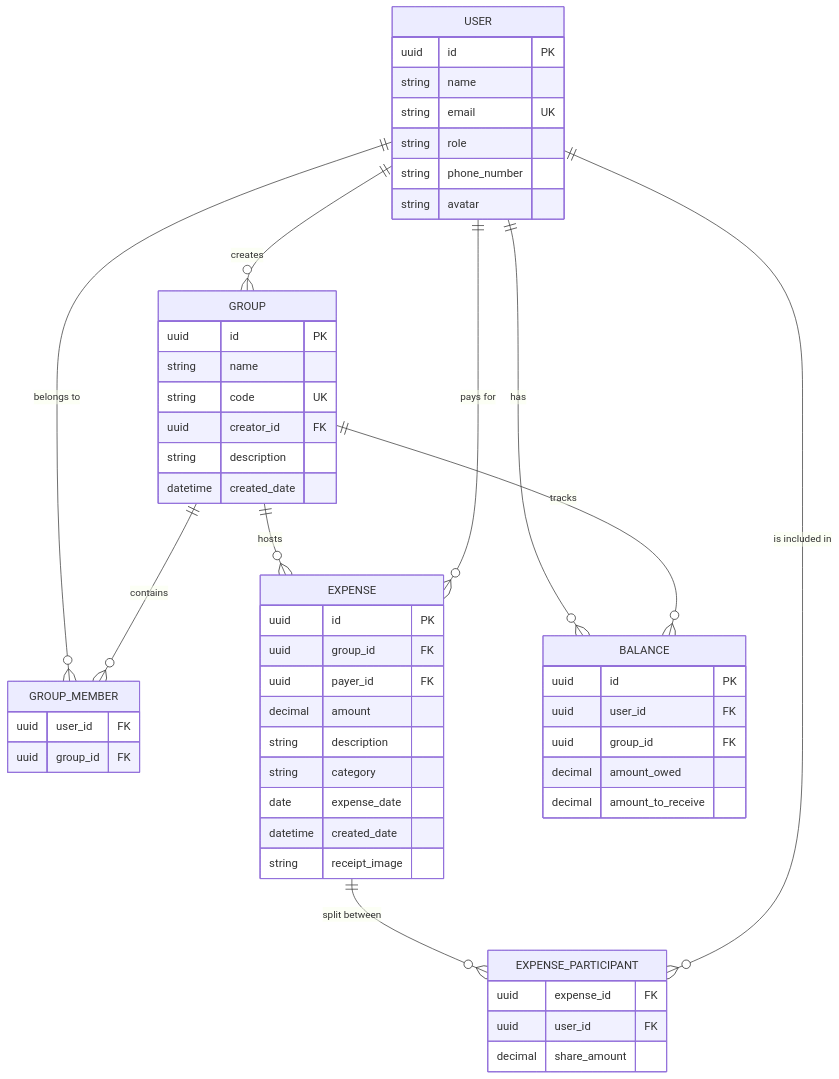
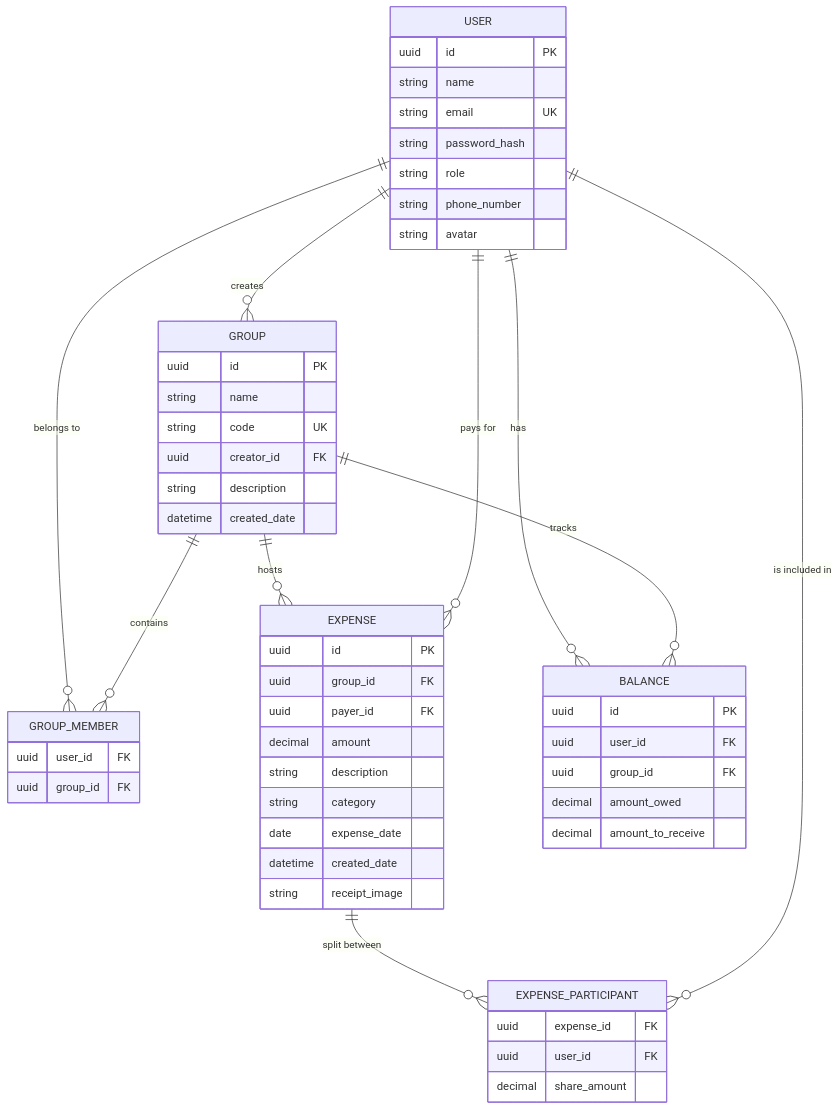
The diagram in architecture_blueprint/data_model.mmd (borapano/ExpenseMate), drawn with Mermaid before and after one commit. The commit also changed 7 other files, not shown here.

```diff
--- a/architecture_blueprint/data_model.mmd
+++ b/architecture_blueprint/data_model.mmd
@@ -1,62 +1,63 @@
 erDiagram
     USER ||--o{ GROUP : "creates"
     USER ||--o{ GROUP_MEMBER : "belongs to"
     GROUP ||--o{ GROUP_MEMBER : "contains"
     
     GROUP ||--o{ EXPENSE : "hosts"
     USER ||--o{ EXPENSE : "pays for"
     
     EXPENSE ||--o{ EXPENSE_PARTICIPANT : "split between"
     USER ||--o{ EXPENSE_PARTICIPANT : "is included in"
     
     USER ||--o{ BALANCE : "has"
     GROUP ||--o{ BALANCE : "tracks"
 
     USER {
         uuid id PK
         string name
         string email UK
+        string password_hash
         string role
         string phone_number
         string avatar
     }
 
     GROUP {
         uuid id PK
         string name
         string code UK
         uuid creator_id FK
         string description
         datetime created_date
     }
 
     GROUP_MEMBER {
         uuid user_id FK
         uuid group_id FK
     }
 
     EXPENSE {
         uuid id PK
         uuid group_id FK
         uuid payer_id FK
         decimal amount
         string description
         string category
         date expense_date
         datetime created_date
         string receipt_image
     }
 
     EXPENSE_PARTICIPANT {
         uuid expense_id FK
         uuid user_id FK
         decimal share_amount
     }
 
     BALANCE {
         uuid id PK
         uuid user_id FK
         uuid group_id FK
         decimal amount_owed
         decimal amount_to_receive
     }
```
